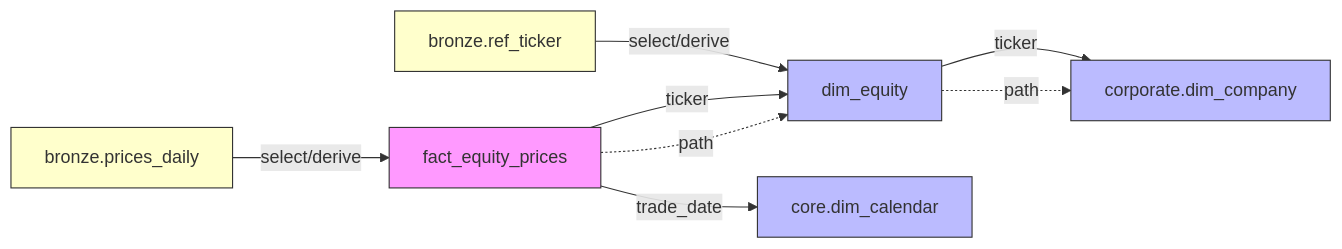
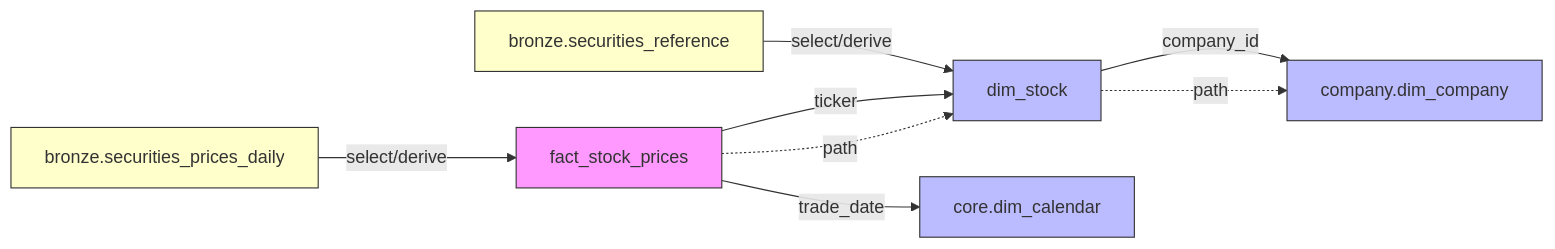
Before and after one commit to chntr456/de_Funk: the diagram in docs/vault/02-graph-architecture/graph-overview.md, drawn with Mermaid. The commit also changed other lines of this file and 12 other files, not shown here.

````diff
--- a/docs/vault/02-graph-architecture/graph-overview.md
+++ b/docs/vault/02-graph-architecture/graph-overview.md
@@ -467,28 +467,32 @@
 ```mermaid
 graph LR
-    %% Nodes
-    BP[bronze.prices_daily]
-    BT[bronze.ref_ticker]
-    DE[dim_equity]
-    FP[fact_equity_prices]
-    DC[corporate.dim_company]
+    %% Bronze Sources
+    BP[bronze.securities_prices_daily]
+    BT[bronze.securities_reference]
+
+    %% Silver Tables
+    DS[dim_stock]
+    FP[fact_stock_prices]
+
+    %% Cross-Model References
+    DC[company.dim_company]
     CAL[core.dim_calendar]
 
     %% Edges
     BP -->|select/derive| FP
-    BT -->|select/derive| DE
-    FP -->|ticker| DE
+    BT -->|select/derive| DS
+    FP -->|ticker| DS
     FP -->|trade_date| CAL
-    DE -->|ticker| DC
+    DS -->|company_id| DC
 
     %% Path
-    FP -.->|path| DE
-    DE -.->|path| DC
+    FP -.->|path| DS
+    DS -.->|path| DC
 
     style FP fill:#f9f,stroke:#333
-    style DE fill:#bbf,stroke:#333
+    style DS fill:#bbf,stroke:#333
     style DC fill:#bbf,stroke:#333
     style CAL fill:#bbf,stroke:#333
     style BP fill:#ffc,stroke:#333
     style BT fill:#ffc,stroke:#333
 ```
````
